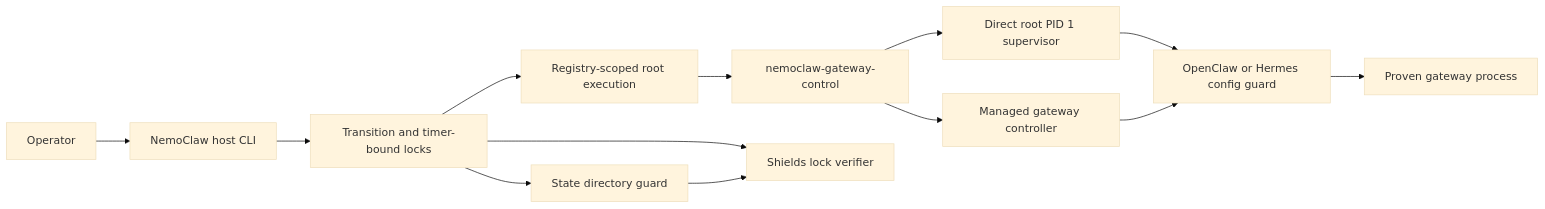
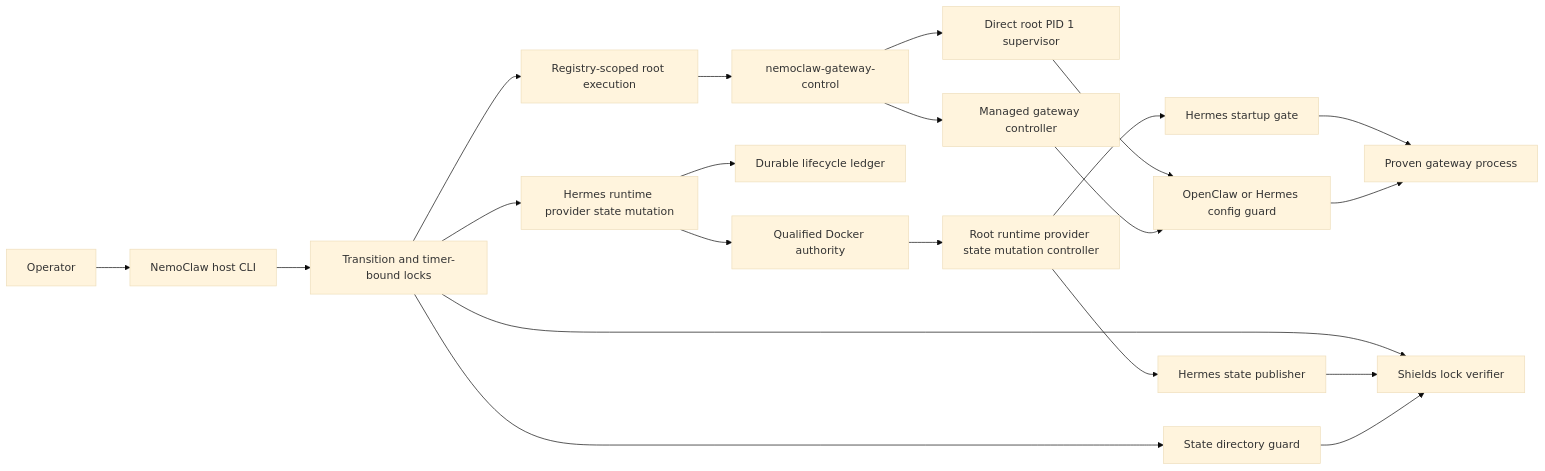
The diagram in docs/security/tcb-boundary.mdx (1PoPTRoN/NemoClaw), drawn with Mermaid (base theme) before and after one commit. The commit also changed other lines of this file and 93 other files, not shown here.

````diff
--- a/docs/security/tcb-boundary.mdx
+++ b/docs/security/tcb-boundary.mdx
@@ -66,15 +77,23 @@
 ```mermaid
 flowchart LR
     Operator[Operator] --> CLI[NemoClaw host CLI]
     CLI --> HostLock[Transition and timer-bound locks]
     HostLock --> RootExec[Registry-scoped root execution]
     RootExec --> Control[nemoclaw-gateway-control]
     Control --> Direct[Direct root PID 1 supervisor]
     Control --> Managed[Managed gateway controller]
     Direct --> Config[OpenClaw or Hermes config guard]
     Managed --> Config
     HostLock --> State[State directory guard]
     HostLock --> Verify[Shields lock verifier]
+    HostLock --> Mutation[Hermes runtime provider state mutation]
+    Mutation --> Ledger[Durable lifecycle ledger]
+    Mutation --> DockerAuthority[Qualified Docker authority]
+    DockerAuthority --> ProviderControl[Root runtime provider state mutation controller]
+    ProviderControl --> Publisher[Hermes state publisher]
+    ProviderControl --> StartupGate[Hermes startup gate]
+    Publisher --> Verify
+    StartupGate --> Gateway
     Config --> Gateway[Proven gateway process]
     State --> Verify
 ```
````
